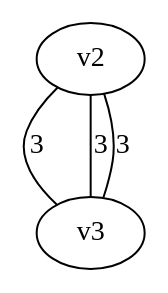
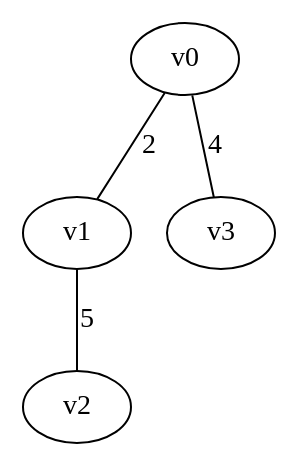
The diagram in outputs/gn4_bfs_2.dot (japie1235813/Algo_PA3), drawn with Graphviz before and after one commit. The commit also changed 6 other files, not shown here.

```diff
--- a/outputs/gn4_bfs_2.dot
+++ b/outputs/gn4_bfs_2.dot
@@ -1,5 +1,5 @@
 graph gn4_bfs {
-v2 -- v3 [label = "3"];
-v2 -- v3 [label = "3"];
-v2 -- v3 [label = "3"];
+v0 -- v1 [label = "2"];
+v0 -- v3 [label = "4"];
+v1 -- v2 [label = "5"];
 }
```
